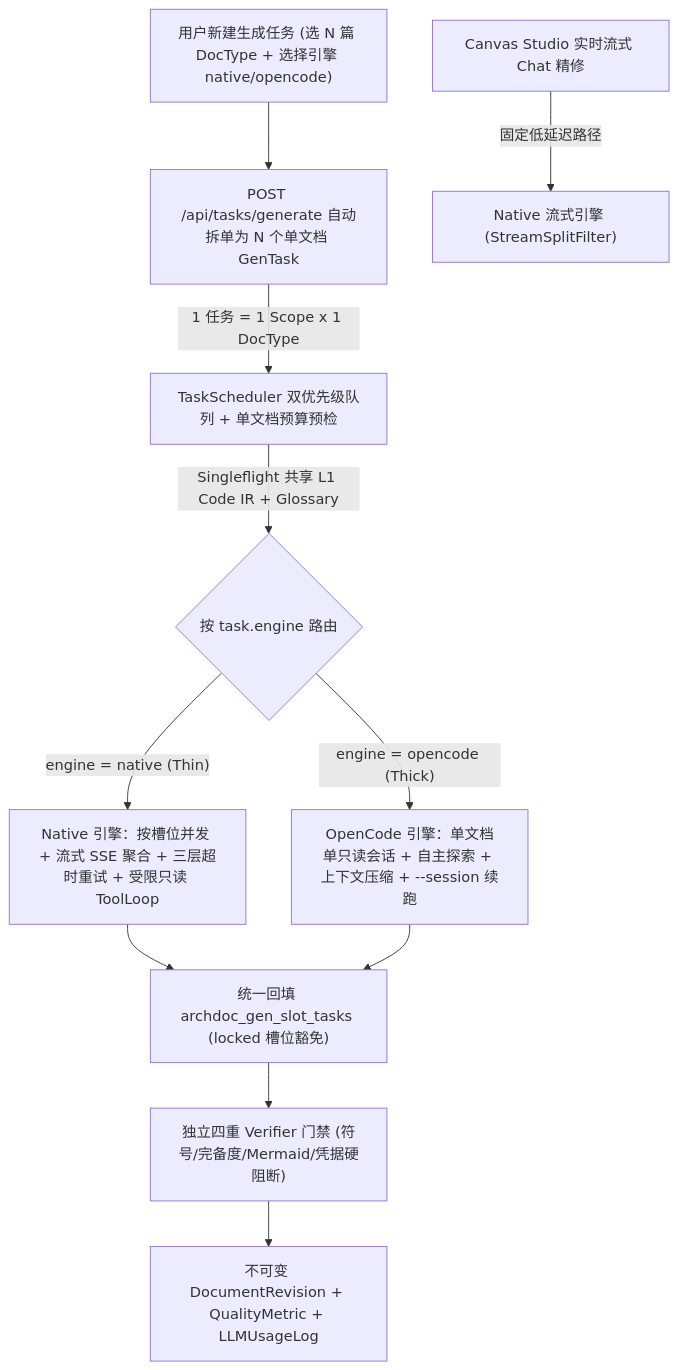
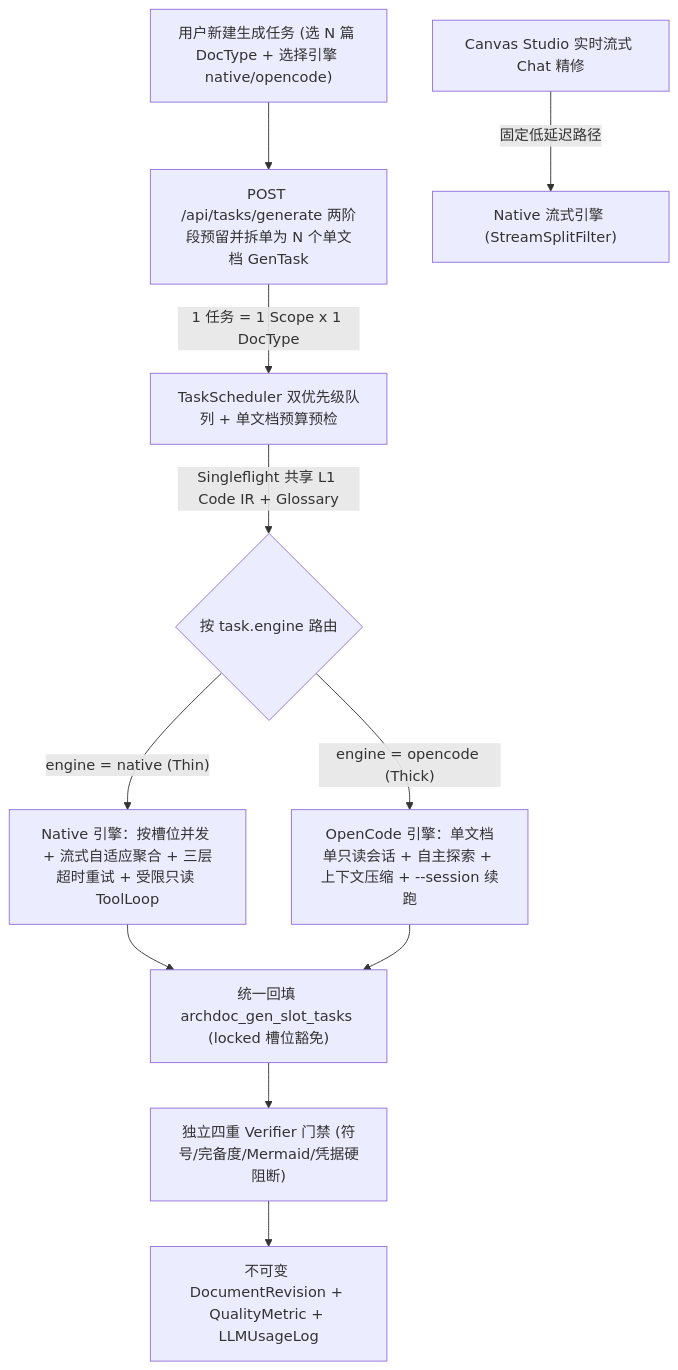
Before and after one commit to fugui/code-archdoc: the diagram in docs/05-adr/08-dual-engine-doc-generation.md, drawn with Mermaid. The commit also changed other lines of this file, not shown here.

Commit message:
docs: 检视并修订 ADR-08 单文档拆单、Native 加固与 OpenCode 双引擎架构细节

````diff
--- a/docs/05-adr/08-dual-engine-doc-generation.md
+++ b/docs/05-adr/08-dual-engine-doc-generation.md
@@ -50,16 +52,16 @@
 ```mermaid
 flowchart TB
-    User["用户新建生成任务 (选 N 篇 DocType + 选择引擎 native/opencode)"] --> Split["POST /api/tasks/generate 自动拆单为 N 个单文档 GenTask"]
+    User["用户新建生成任务 (选 N 篇 DocType + 选择引擎 native/opencode)"] --> Split["POST /api/tasks/generate 两阶段预留并拆单为 N 个单文档 GenTask"]
     Split -->|"1 任务 = 1 Scope x 1 DocType"| Sched["TaskScheduler 双优先级队列 + 单文档预算预检"]
     Sched -->|"Singleflight 共享 L1 Code IR + Glossary"| Router{"按 task.engine 路由"}
 
-    Router -->|"engine = native (Thin)"| NativePath["Native 引擎：按槽位并发 + 流式 SSE 聚合 + 三层超时重试 + 受限只读 ToolLoop"]
+    Router -->|"engine = native (Thin)"| NativePath["Native 引擎：按槽位并发 + 流式自适应聚合 + 三层超时重试 + 受限只读 ToolLoop"]
     Router -->|"engine = opencode (Thick)"| OpenCodePath["OpenCode 引擎：单文档单只读会话 + 自主探索 + 上下文压缩 + --session 续跑"]
 
     NativePath --> SlotSync["统一回填 archdoc_gen_slot_tasks (locked 槽位豁免)"]
     OpenCodePath --> SlotSync
     SlotSync --> Verifier["独立四重 Verifier 门禁 (符号/完备度/Mermaid/凭据硬阻断)"]
     Verifier --> Rev["不可变 DocumentRevision + QualityMetric + LLMUsageLog"]
 
     ChatUI["Canvas Studio 实时流式 Chat 精修"] -->|"固定低延迟路径"| NativeChat["Native 流式引擎 (StreamSplitFilter)"]
 ```
````
